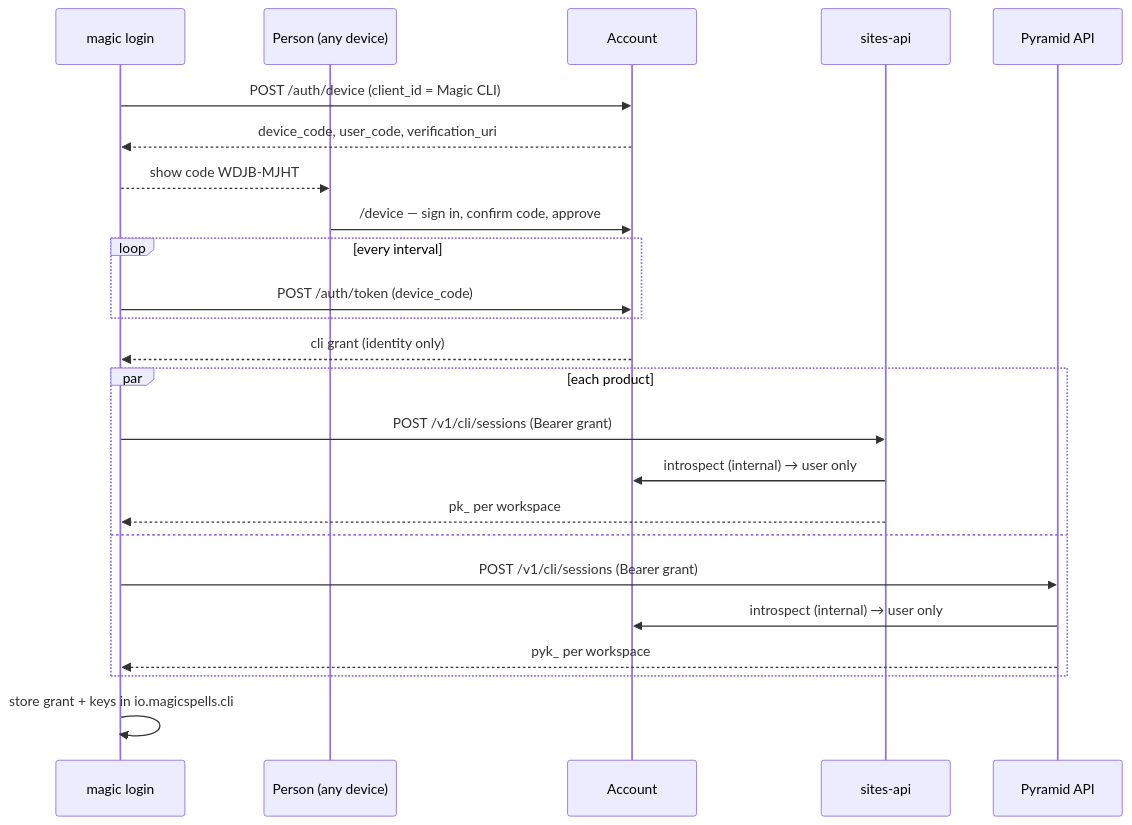
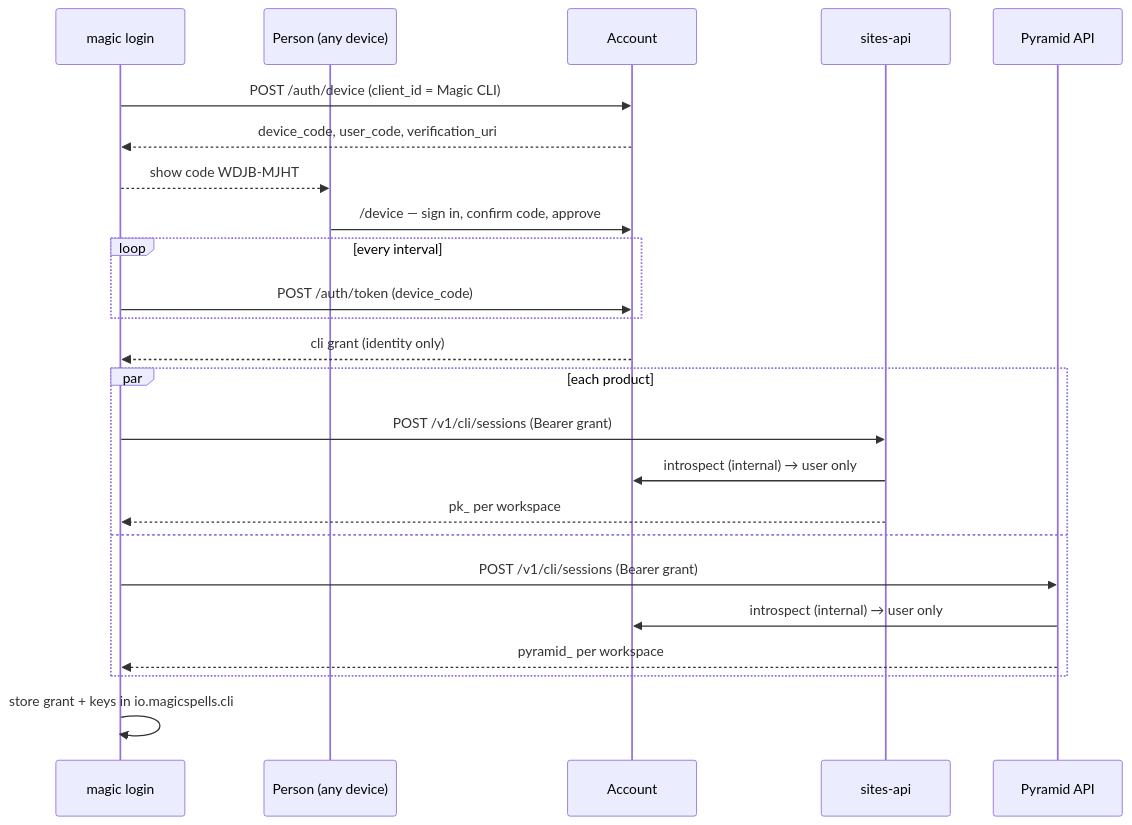
Before and after one commit to magic-spells/cli: the diagram in constellation/diagram/DIAGRAM-LOGIN.md, drawn with Mermaid. The commit also changed 14 other files, not shown here.

````diff
--- a/constellation/diagram/DIAGRAM-LOGIN.md
+++ b/constellation/diagram/DIAGRAM-LOGIN.md
@@ -18,26 +18,26 @@
 ```mermaid
 sequenceDiagram
   participant CLI as magic login
   participant Browser as Person (any device)
   participant Account as Account
   participant Sites as sites-api
   participant Pyramid as Pyramid API
   CLI->>Account: POST /auth/device (client_id = Magic CLI)
   Account-->>CLI: device_code, user_code, verification_uri
   CLI-->>Browser: show code WDJB-MJHT
   Browser->>Account: /device — sign in, confirm code, approve
   loop every interval
     CLI->>Account: POST /auth/token (device_code)
   end
   Account-->>CLI: cli grant (identity only)
   par each product
     CLI->>Sites: POST /v1/cli/sessions (Bearer grant)
     Sites->>Account: introspect (internal) → user only
     Sites-->>CLI: pk_ per workspace
   and
     CLI->>Pyramid: POST /v1/cli/sessions (Bearer grant)
     Pyramid->>Account: introspect (internal) → user only
-    Pyramid-->>CLI: pyk_ per workspace
+    Pyramid-->>CLI: pyramid_ per workspace
   end
   CLI->>CLI: store grant + keys in io.magicspells.cli
 ```
````
